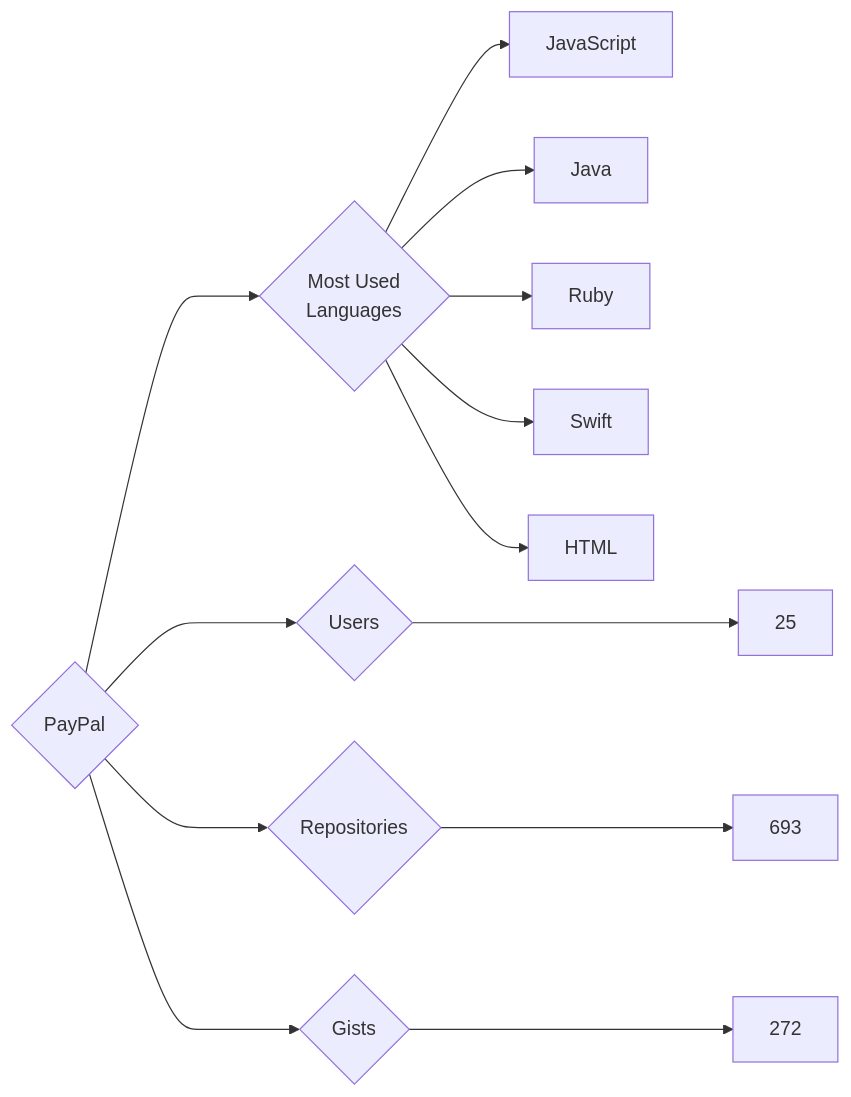
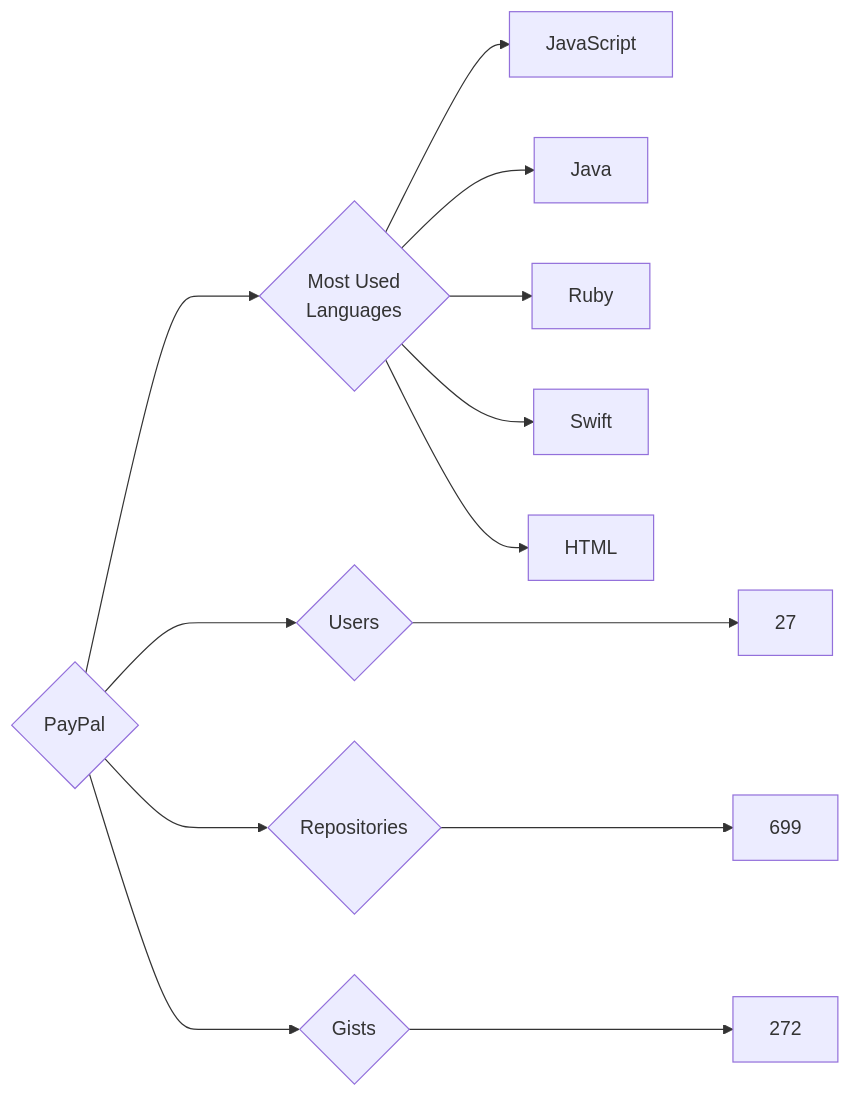
Before and after one commit to trickest/insiders: the diagram in targets/PayPal/README.md, drawn with Mermaid. The commit also changed 1484 other files, not shown here.

````diff
--- a/targets/PayPal/README.md
+++ b/targets/PayPal/README.md
@@ -3,13 +3,13 @@
 ```mermaid
 graph LR
 COMPANY_NAME{PayPal}
-COMPANY_NAME ---> U{Users} ---> UN[25]
-COMPANY_NAME ---> R{Repositories} ---> RN[693]
+COMPANY_NAME ---> U{Users} ---> UN[27]
+COMPANY_NAME ---> R{Repositories} ---> RN[699]
 COMPANY_NAME ---> G{Gists} ---> GN[272]
 COMPANY_NAME ---> ML{Most Used<br>Languages}
 ML --> JavaScript[JavaScript]
 ML --> Java[Java]
 ML --> Ruby[Ruby]
 ML --> Swift[Swift]
 ML --> HTML[HTML]
 ```
````
